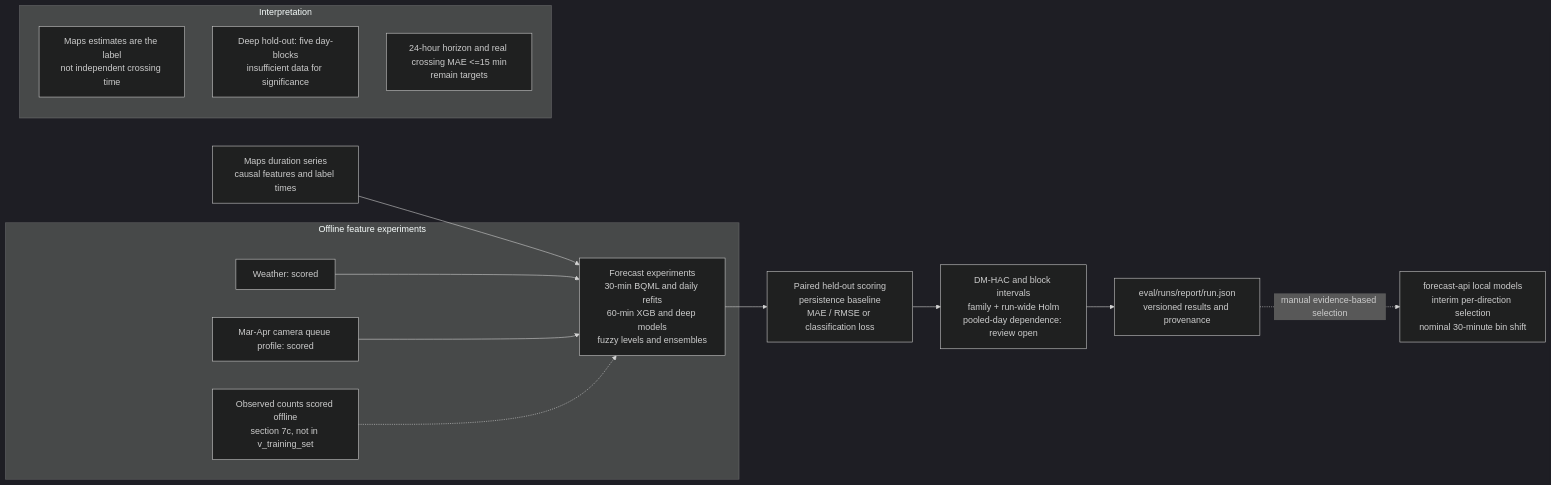
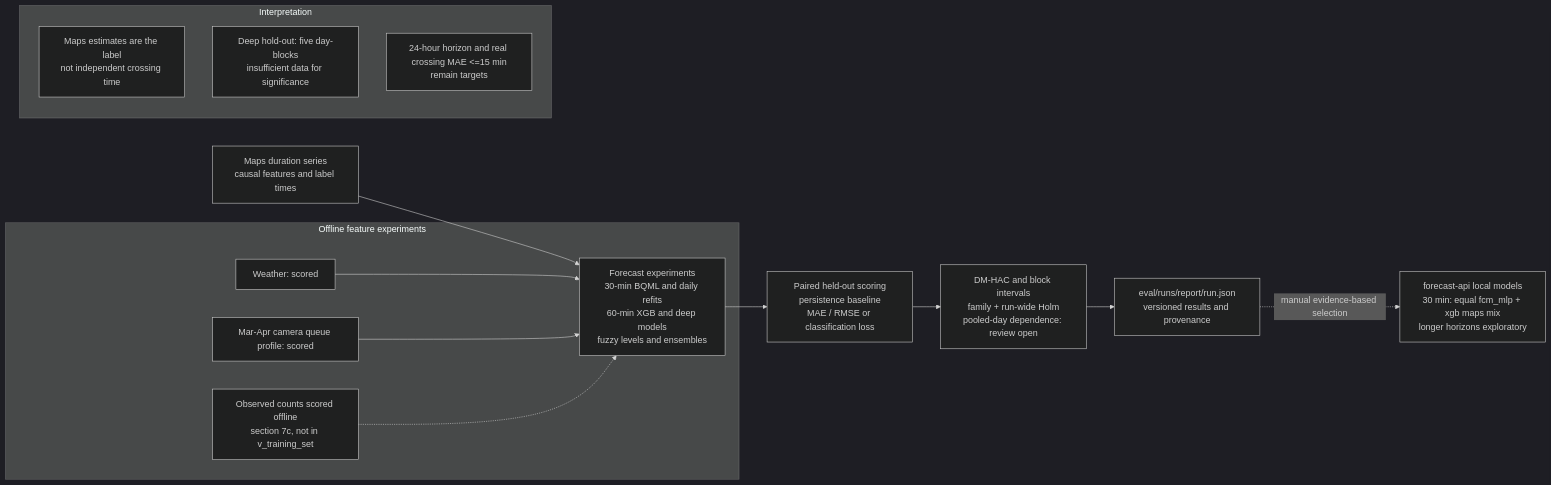
The second of 2 diagrams in docs/evaluation.md (sozuken-max/swiftborder), drawn with Mermaid (dark theme) before and after one commit. The commit also changed other lines of this file and 20 other files, not shown here.

First line of the commit message:
Serve the equal FCM and XGBoost mix as the 30-minute default.

````diff
--- a/docs/evaluation.md
+++ b/docs/evaluation.md
@@ -227,18 +225,18 @@
 ```mermaid
 flowchart LR
   DATA["Maps duration series<br/>causal features and label times"] --> MODELS["Forecast experiments<br/>30-min BQML and daily refits<br/>60-min XGB and deep models<br/>fuzzy levels and ensembles"]
   MODELS --> SCORE["Paired held-out scoring<br/>persistence baseline<br/>MAE / RMSE or classification loss"]
   SCORE --> SIG["DM-HAC and block intervals<br/>family + run-wide Holm<br/>pooled-day dependence: review open"]
   SIG --> REPORT["eval/runs/report/run.json<br/>versioned results and provenance"]
-  REPORT -.->|"manual evidence-based selection"| SERVE["forecast-api local models<br/>interim per-direction selection<br/>nominal 30-minute bin shift"]
+  REPORT -.->|"manual evidence-based selection"| SERVE["forecast-api local models<br/>30 min: equal fcm_mlp + xgb maps mix<br/>longer horizons exploratory"]
   subgraph INPUTS["Offline feature experiments"]
     WX["Weather: scored"] --> MODELS
     PROFILE["Mar-Apr camera queue profile: scored"] --> MODELS
     CAMERA["Observed counts scored offline<br/>section 7c, not in v_training_set"] -.-> MODELS
   end
   subgraph LIMITS["Interpretation"]
     L1["Maps estimates are the label<br/>not independent crossing time"]
     L2["Deep hold-out: five day-blocks<br/>insufficient data for significance"]
     L3["24-hour horizon and real crossing MAE <=15 min<br/>remain targets"]
   end
 ```
````
